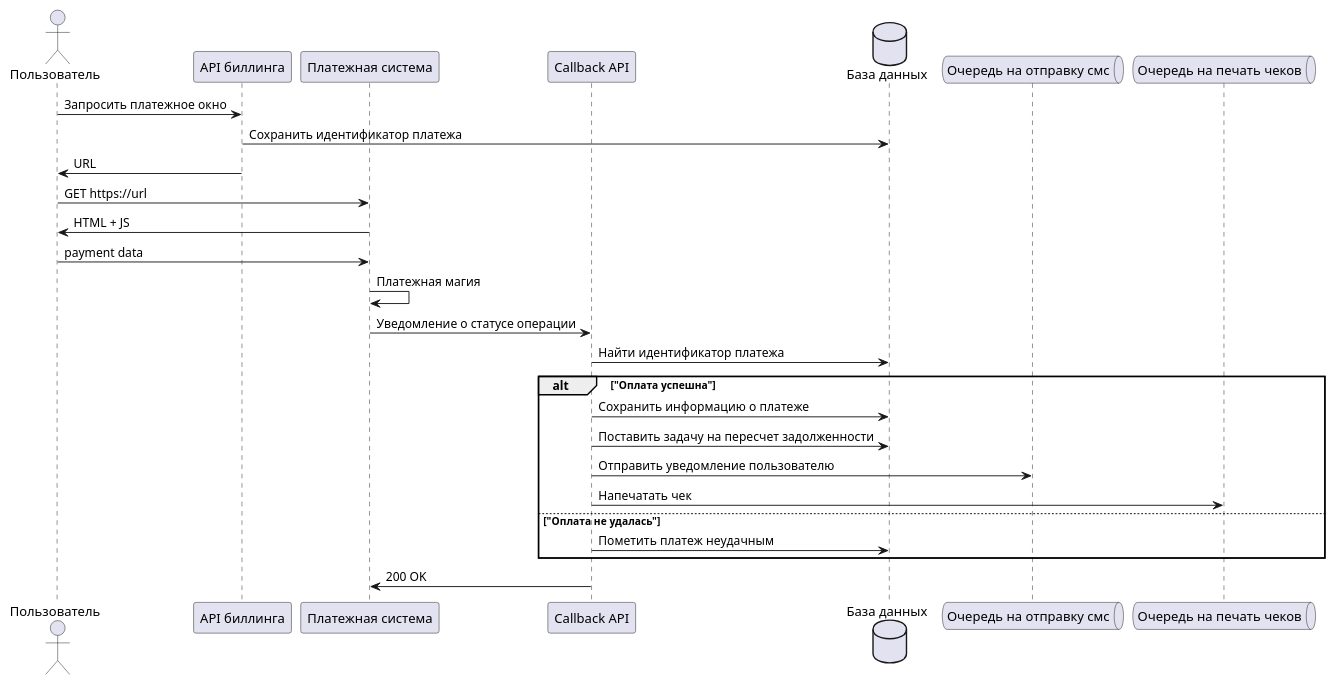
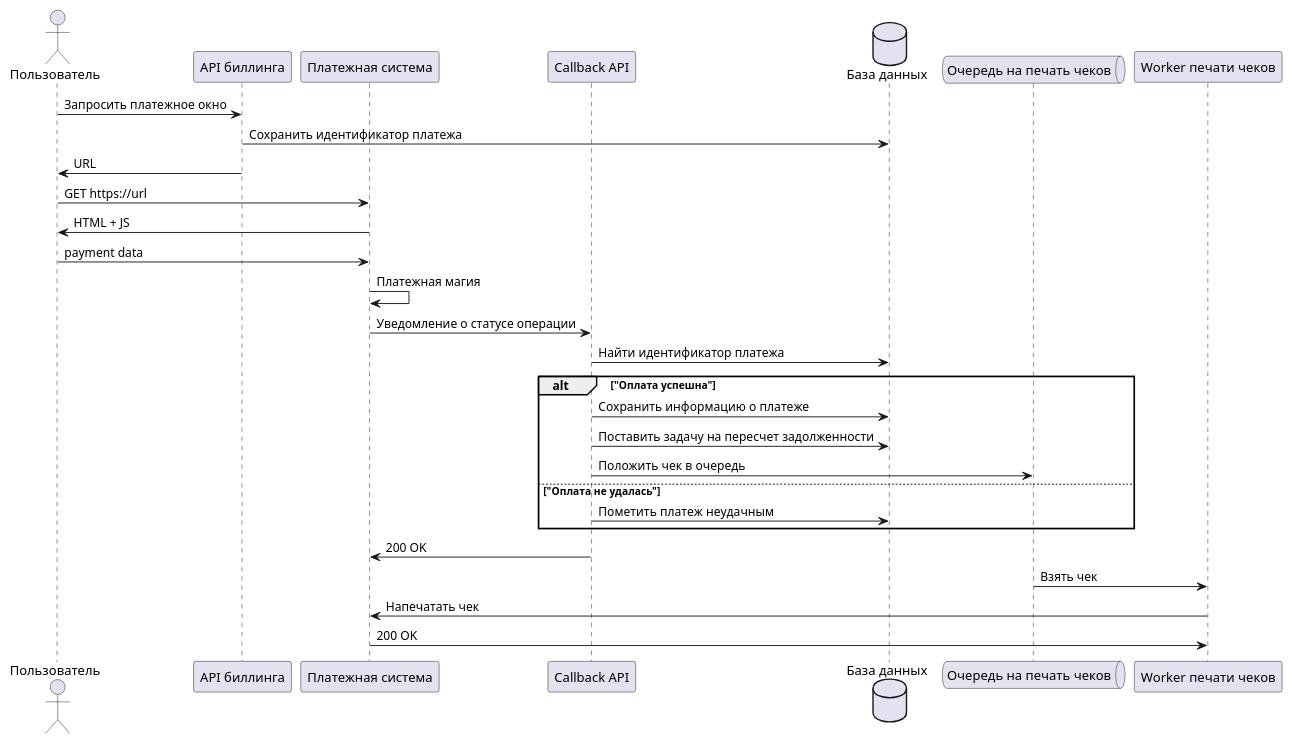
Before and after one commit to Ivan-Artamonov/architecture-warmhouse: the diagram in uml/sequence_payment_callback.puml, drawn with PlantUML. The commit also changed 3 other files, not shown here.

Commit message:
Fix sq diagram

```diff
--- a/uml/sequence_payment_callback.puml
+++ b/uml/sequence_payment_callback.puml
@@ -1,33 +1,36 @@
 @startuml
 actor "Пользователь" as user
 participant "API биллинга" as billing
 participant "Платежная система" as bank
 participant "Callback API" as api
 database "База данных" as db
-queue "Очередь на отправку смс" as sms
 queue "Очередь на печать чеков" as receipts
+participant "Worker печати чеков" as rWorker
 
 
 user -> billing: Запросить платежное окно
 billing -> db: Сохранить идентификатор платежа
 billing -> user: URL
 user -> bank: GET https://url
 bank -> user: HTML + JS
 user -> bank: payment data
 bank -> bank: Платежная магия
 
 bank -> api: Уведомление о статусе операции
     api -> db: Найти идентификатор платежа
 alt "Оплата успешна"
     api -> db: Сохранить информацию о платеже
     api -> db: Поставить задачу на пересчет задолженности
-    api -> sms: Отправить уведомление пользователю
-    api -> receipts: Напечатать чек
+    api -> receipts: Положить чек в очередь
 
 else "Оплата не удалась"
     api -> db: Пометить платеж неудачным
 end
 
 api -> bank: 200 OK
 
+receipts -> rWorker: Взять чек
+rWorker -> bank: Напечатать чек
+bank -> rWorker: 200 OK
+
 @enduml
```
